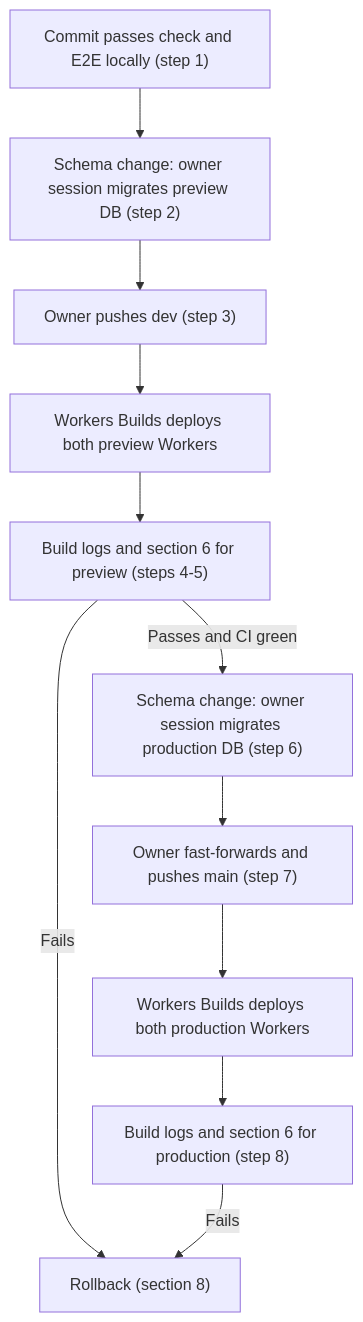
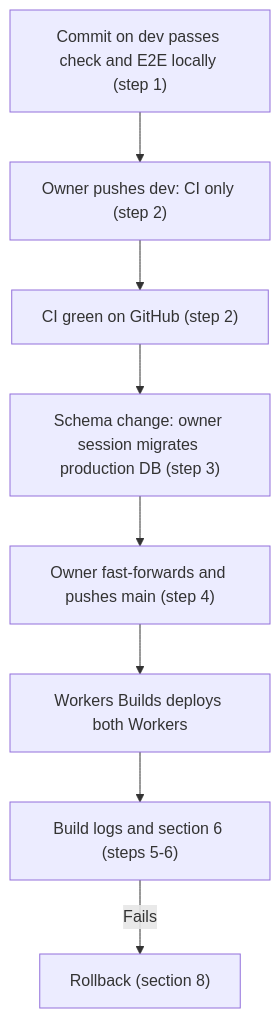
One commit to musica-sanare/travel-discovery-app changed the diagram in docs/en/DEPLOYMENT.md. Above: the diagram before and after it, drawn with Mermaid. The commit also changed other lines of this file and 10 other files, not shown here.

````diff
--- a/docs/en/DEPLOYMENT.md
+++ b/docs/en/DEPLOYMENT.md
@@ -233,13 +265,10 @@
 ```mermaid
 flowchart TD
-  local["Commit passes check and E2E locally (step 1)"] --> mig["Schema change: owner session migrates preview DB (step 2)"]
-  mig --> dev["Owner pushes dev (step 3)"]
-  dev --> pbuild["Workers Builds deploys both preview Workers"]
-  pbuild --> pcheck["Build logs and section 6 for preview (steps 4-5)"]
-  pcheck -->|"Fails"| rollback["Rollback (section 8)"]
-  pcheck -->|"Passes and CI green"| pmig["Schema change: owner session migrates production DB (step 6)"]
-  pmig --> main["Owner fast-forwards and pushes main (step 7)"]
-  main --> mbuild["Workers Builds deploys both production Workers"]
-  mbuild --> mcheck["Build logs and section 6 for production (step 8)"]
-  mcheck -->|"Fails"| rollback
+  local["Commit on dev passes check and E2E locally (step 1)"] --> dev["Owner pushes dev: CI only (step 2)"]
+  dev --> ci["CI green on GitHub (step 2)"]
+  ci --> mig["Schema change: owner session migrates production DB (step 3)"]
+  mig --> main["Owner fast-forwards and pushes main (step 4)"]
+  main --> build["Workers Builds deploys both Workers"]
+  build --> check["Build logs and section 6 (steps 5-6)"]
+  check -->|"Fails"| rollback["Rollback (section 8)"]
 ```
````
